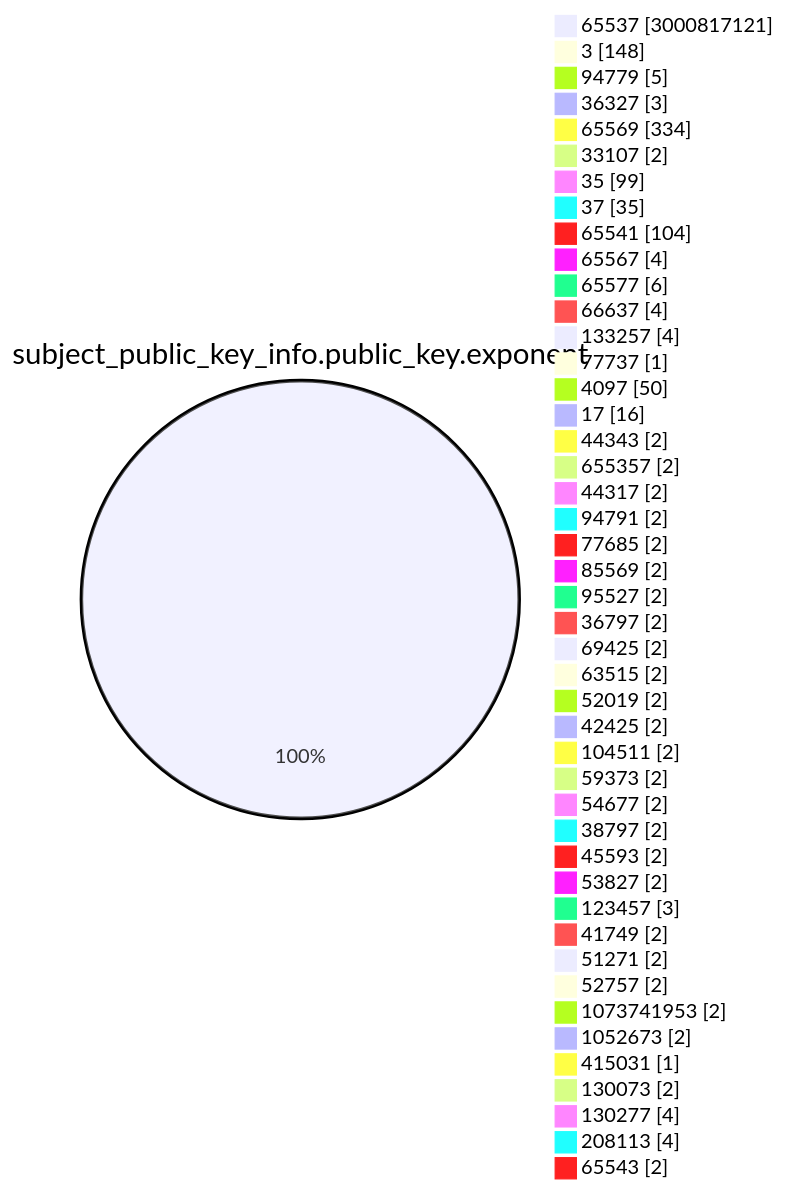
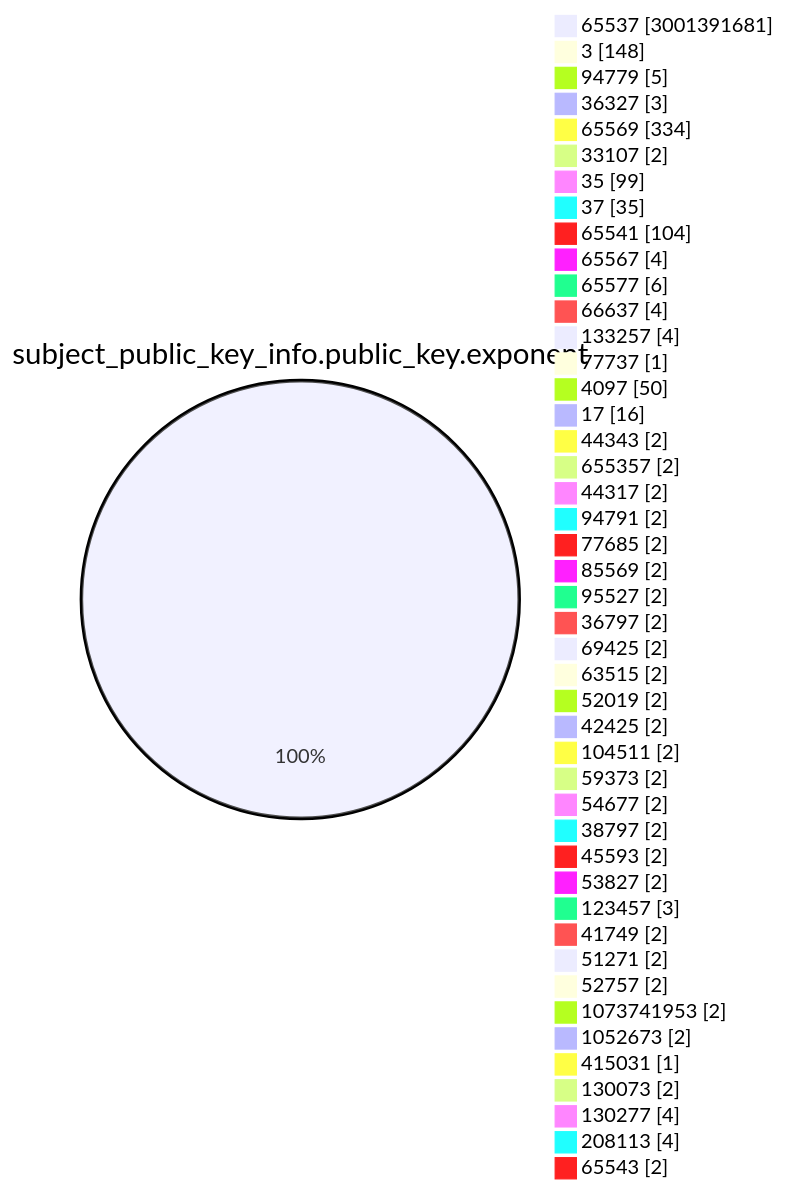
Before and after one commit to christiankrug/ctmonitor_visualization: the fourth of 15 diagrams in TOTAL/README.md, drawn with Mermaid. The commit also changed other lines of this file, not shown here.

````diff
--- a/TOTAL/README.md
+++ b/TOTAL/README.md
@@ -1472,49 +1472,49 @@
 ```mermaid
 pie showData
 title subject_public_key_info.public_key.exponent
-"65537" :3000817121
+"65537" :3001391681
 "3" :148
 "94779" :5
 "36327" :3
 "65569" :334
 "33107" :2
 "35" :99
 "37" :35
 "65541" :104
 "65567" :4
 "65577" :6
 "66637" :4
 "133257" :4
 "77737" :1
 "4097" :50
 "17" :16
 "44343" :2
 "655357" :2
 "44317" :2
 "94791" :2
 "77685" :2
 "85569" :2
 "95527" :2
 "36797" :2
 "69425" :2
 "63515" :2
 "52019" :2
 "42425" :2
 "104511" :2
 "59373" :2
 "54677" :2
 "38797" :2
 "45593" :2
 "53827" :2
 "123457" :3
 "41749" :2
 "51271" :2
 "52757" :2
 "1073741953" :2
 "1052673" :2
 "415031" :1
 "130073" :2
 "130277" :4
 "208113" :4
 "65543" :2
 ```
````
